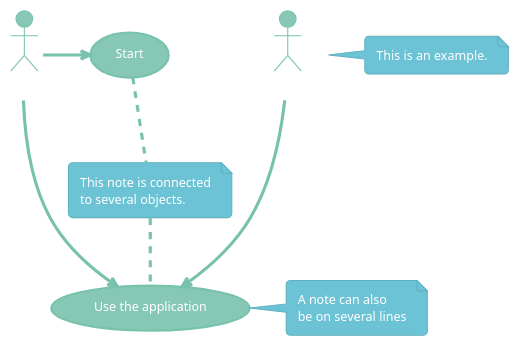
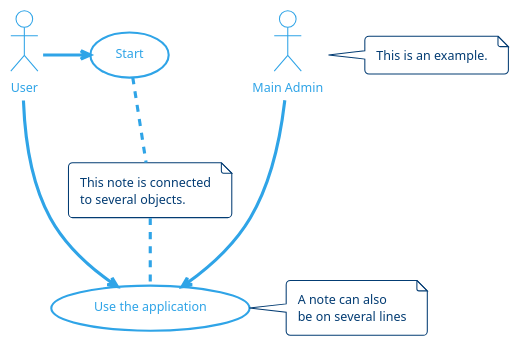
The diagram in puml/content/post/usercase.puml (nxnnxn/community-doc), drawn with PlantUML before and after one commit. The commit also changed 2 other files, not shown here.

```diff
--- a/puml/content/post/usercase.puml
+++ b/puml/content/post/usercase.puml
@@ -1,23 +1,23 @@
 @startuml
-!theme minty
+!theme cerulean-outline
 'https://plantuml.com/use-case-diagram
 
 :Main Admin: as Admin
 (Use the application) as (Use)
 
 User -> (Start)
 User --> (Use)
 
 Admin ---> (Use)
 
 note right of Admin : This is an example.
 
 note right of (Use)
 A note can also
 be on several lines
 end note
 
 note "This note is connected\nto several objects." as N2
 (Start) .. N2
 N2 .. (Use)
 @enduml
```
